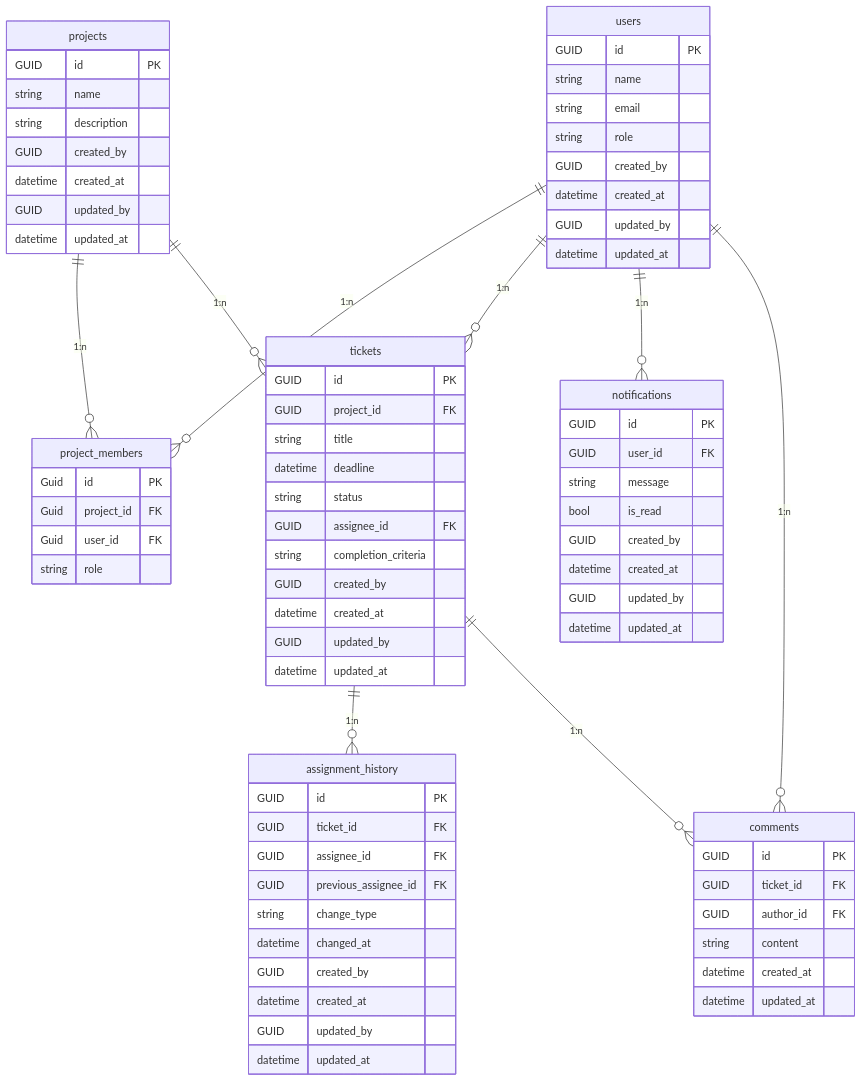
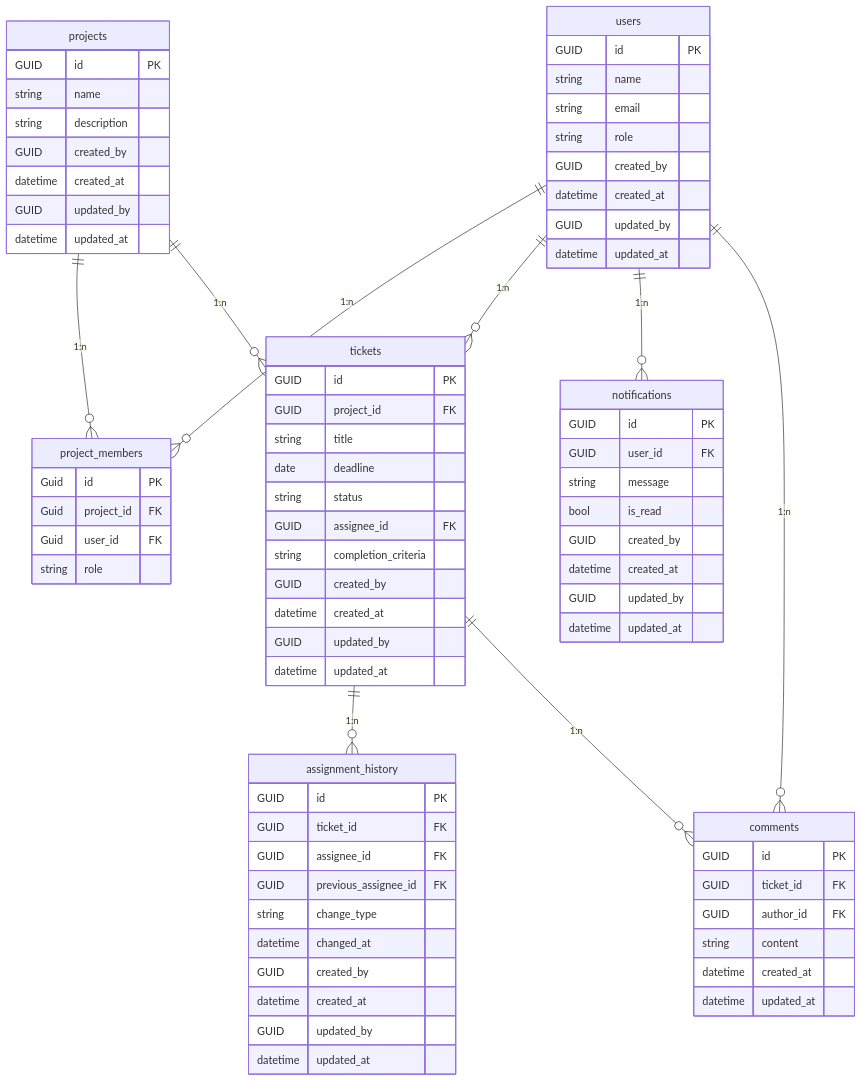
Before and after one commit to kuairen-227/pm-app-docs: the diagram in 02.design/er-diagram.md, drawn with Mermaid. The commit also changed 1 other file, not shown here.

Commit message:
fix(design): :label: `Deadline` を日付型に変更

````diff
--- a/02.design/er-diagram.md
+++ b/02.design/er-diagram.md
@@ -3,80 +3,80 @@
 ```mermaid
 erDiagram
     users {
         GUID id PK
         string name
         string email
         string role
         GUID created_by
         datetime created_at
         GUID updated_by
         datetime updated_at
     }
     projects {
         GUID id PK
         string name
         string description
         GUID created_by
         datetime created_at
         GUID updated_by
         datetime updated_at
     }
     project_members {
         Guid id PK
         Guid project_id FK
         Guid user_id FK
         string role
     }
     tickets {
         GUID id PK
         GUID project_id FK
         string title
-        datetime deadline
+        date deadline
         string status
         GUID assignee_id FK
         string completion_criteria
         GUID created_by
         datetime created_at
         GUID updated_by
         datetime updated_at
     }
     comments {
         GUID id PK
         GUID ticket_id FK
         GUID author_id FK
         string content
         datetime created_at
         datetime updated_at
     }
     assignment_history {
         GUID id PK
         GUID ticket_id FK
         GUID assignee_id FK
         GUID previous_assignee_id FK
         string change_type
         datetime changed_at
         GUID created_by
         datetime created_at
         GUID updated_by
         datetime updated_at
     }
     notifications {
         GUID id PK
         GUID user_id FK
         string message
         bool is_read
         GUID created_by
         datetime created_at
         GUID updated_by
         datetime updated_at
     }
 
     users ||--o{ project_members : "1:n"
     projects ||--o{ project_members : "1:n"
     projects ||--o{ tickets : "1:n"
     users ||--o{ tickets : "1:n"
     tickets ||--o{ assignment_history : "1:n"
     users ||--o{ notifications : "1:n"
     tickets ||--o{ comments : "1:n"
     users ||--o{ comments : "1:n"
 ```
````
